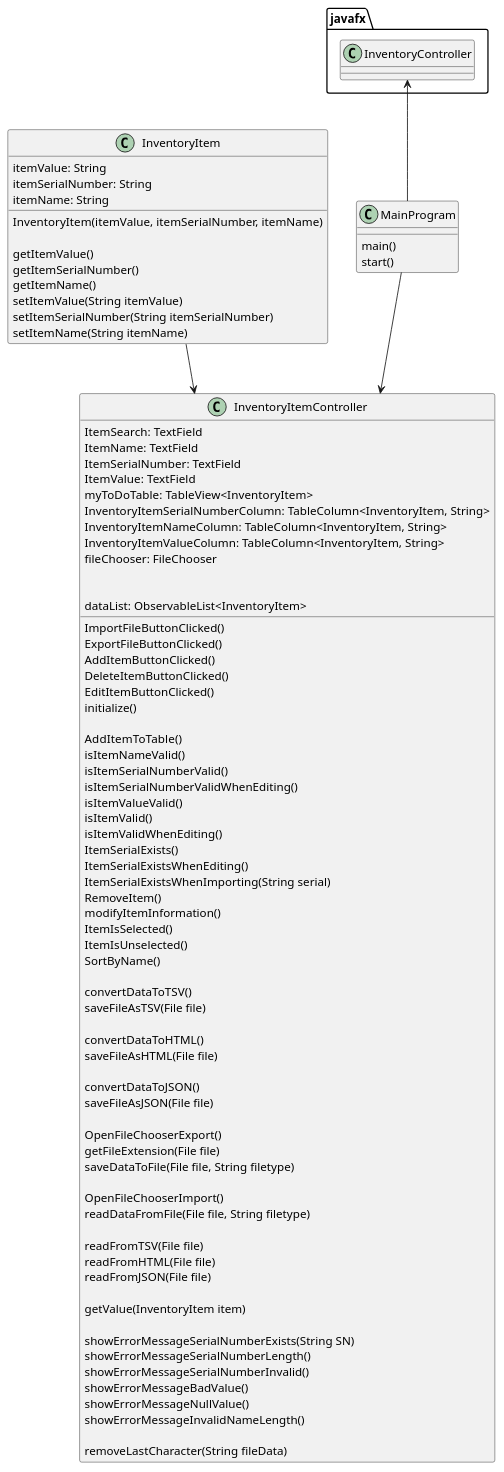
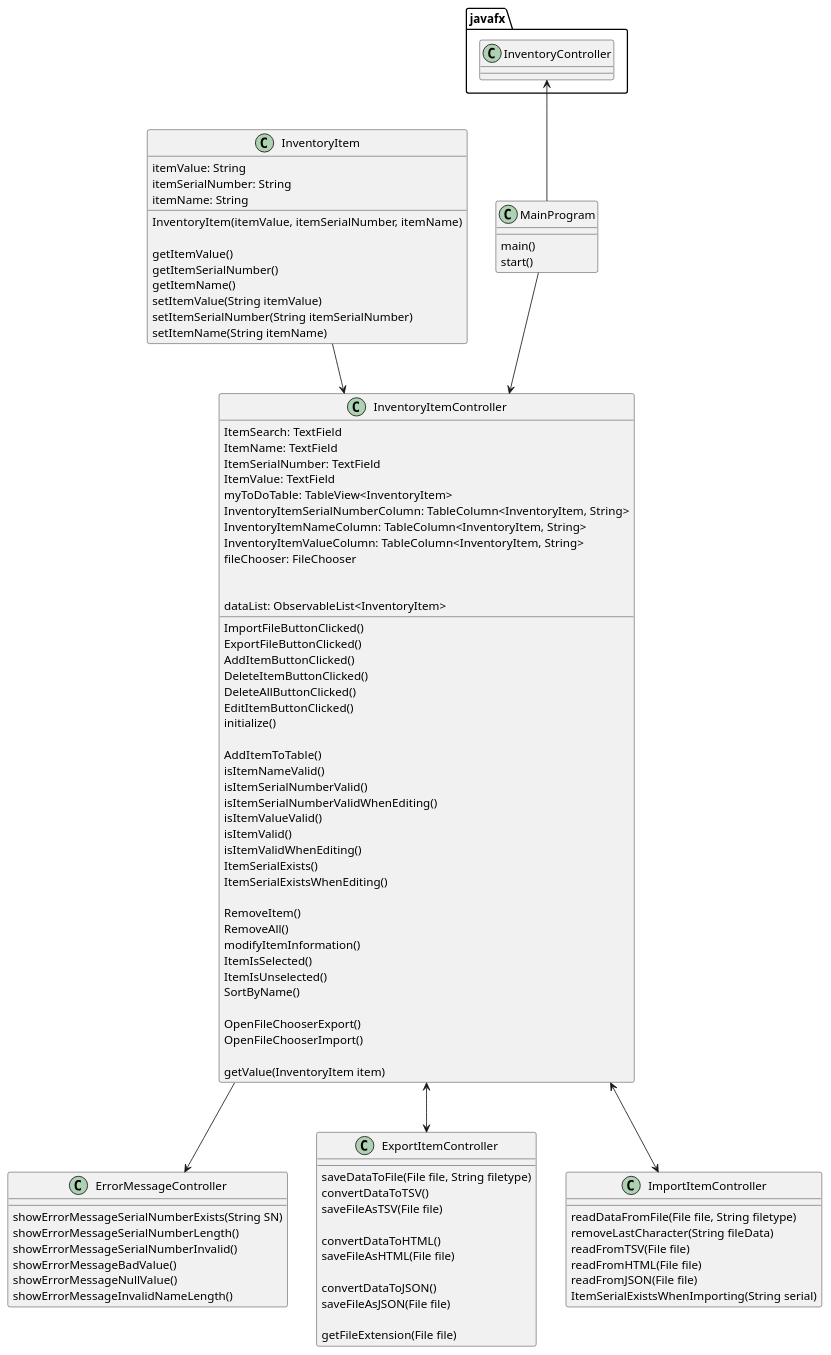
One commit to ZhengWilliamUCF/Zheng-0669-as5 changed the diagram in uml/Program.puml. Above: the diagram before and after it, drawn with PlantUML. The commit also changed 6 other files, not shown here.

Commit message:
Added sound effect for adding item, updated uml, added deleteAll button

```diff
--- a/uml/Program.puml
+++ b/uml/Program.puml
@@ -1,97 +1,108 @@
 @startuml
 'https://plantuml.com/sequence-diagram
 
 class MainProgram{
     main()
     start()
 }
 
 class InventoryItem{
     itemValue: String
     itemSerialNumber: String
     itemName: String
 
     InventoryItem(itemValue, itemSerialNumber, itemName)
 
     getItemValue()
     getItemSerialNumber()
     getItemName()
     setItemValue(String itemValue)
     setItemSerialNumber(String itemSerialNumber)
     setItemName(String itemName)
 }
 
 class InventoryItemController{
     ItemSearch: TextField
     ItemName: TextField
     ItemSerialNumber: TextField
     ItemValue: TextField
     myToDoTable: TableView<InventoryItem>
     InventoryItemSerialNumberColumn: TableColumn<InventoryItem, String>
     InventoryItemNameColumn: TableColumn<InventoryItem, String>
     InventoryItemValueColumn: TableColumn<InventoryItem, String>
     fileChooser: FileChooser
 
     ImportFileButtonClicked()
     ExportFileButtonClicked()
     AddItemButtonClicked()
     DeleteItemButtonClicked()
+    DeleteAllButtonClicked()
     EditItemButtonClicked()
 
     dataList: ObservableList<InventoryItem>
 
     initialize()
 
     AddItemToTable()
     isItemNameValid()
     isItemSerialNumberValid()
     isItemSerialNumberValidWhenEditing()
     isItemValueValid()
     isItemValid()
     isItemValidWhenEditing()
     ItemSerialExists()
     ItemSerialExistsWhenEditing()
-    ItemSerialExistsWhenImporting(String serial)
+
     RemoveItem()
+    RemoveAll()
     modifyItemInformation()
     ItemIsSelected()
     ItemIsUnselected()
     SortByName()
 
+    OpenFileChooserExport()
+    OpenFileChooserImport()
+
+    getValue(InventoryItem item)
+}
+
+class ErrorMessageController{
+    showErrorMessageSerialNumberExists(String SN)
+    showErrorMessageSerialNumberLength()
+    showErrorMessageSerialNumberInvalid()
+    showErrorMessageBadValue()
+    showErrorMessageNullValue()
+    showErrorMessageInvalidNameLength()
+}
+
+class ExportItemController{
+    saveDataToFile(File file, String filetype)
     convertDataToTSV()
     saveFileAsTSV(File file)
 
     convertDataToHTML()
     saveFileAsHTML(File file)
 
     convertDataToJSON()
     saveFileAsJSON(File file)
 
-    OpenFileChooserExport()
     getFileExtension(File file)
-    saveDataToFile(File file, String filetype)
+}
 
-    OpenFileChooserImport()
+class ImportItemController{
     readDataFromFile(File file, String filetype)
-
+    removeLastCharacter(String fileData)
     readFromTSV(File file)
     readFromHTML(File file)
     readFromJSON(File file)
-
-    getValue(InventoryItem item)
-
-    showErrorMessageSerialNumberExists(String SN)
-    showErrorMessageSerialNumberLength()
-    showErrorMessageSerialNumberInvalid()
-    showErrorMessageBadValue()
-    showErrorMessageNullValue()
-    showErrorMessageInvalidNameLength()
-
-    removeLastCharacter(String fileData)
+    ItemSerialExistsWhenImporting(String serial)
 }
 
 javafx.InventoryController <-- MainProgram
 MainProgram --> InventoryItemController
 InventoryItem --> InventoryItemController
+InventoryItemController <--> ImportItemController
+InventoryItemController <--> ExportItemController
+InventoryItemController --> ErrorMessageController
 
 @enduml
```
